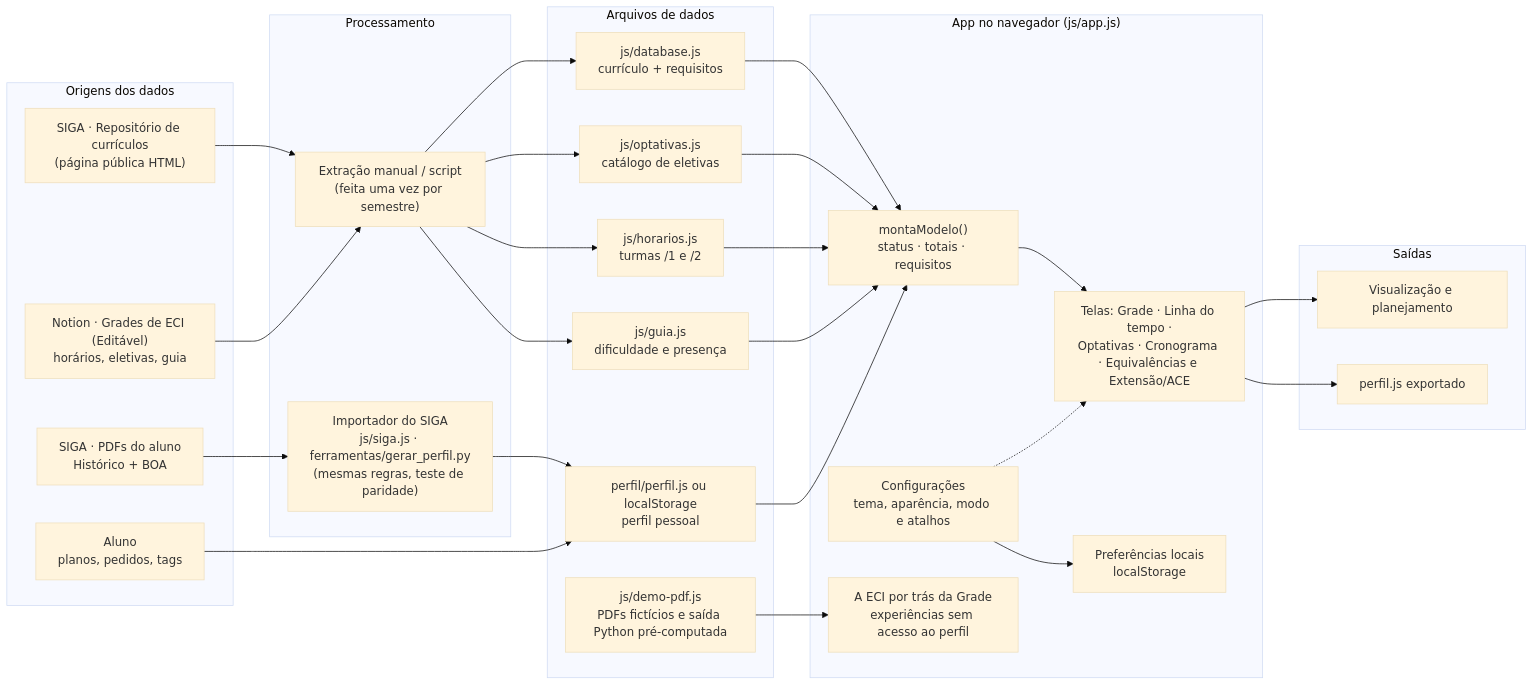
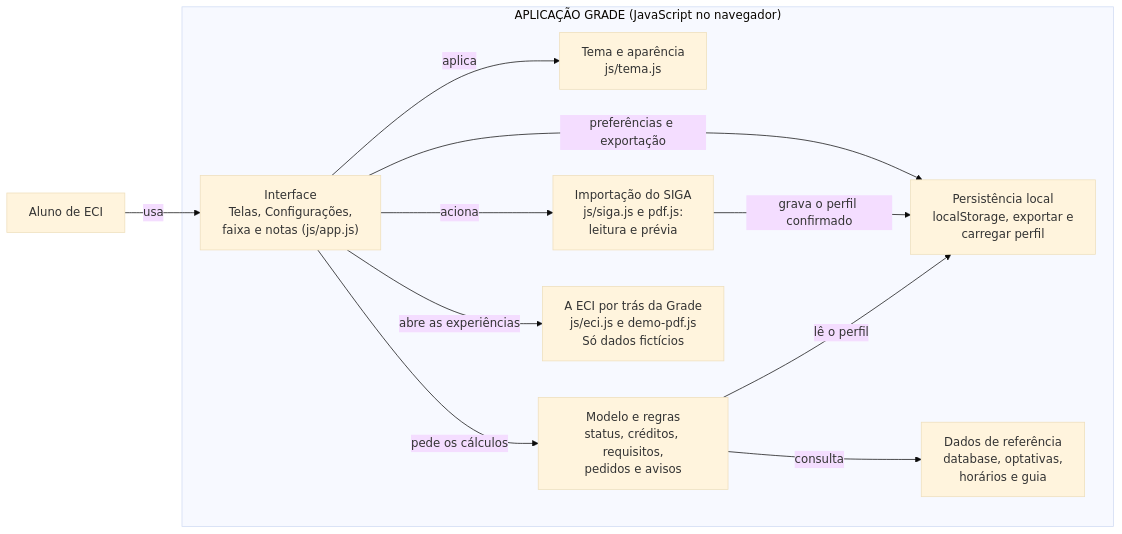
The third of 7 diagrams in docs/ARQUITETURA.md (JoaoAndrade01/grade), drawn with Mermaid (base theme) before and after one commit. The commit also changed other lines of this file, not shown here.

````diff
--- a/docs/ARQUITETURA.md
+++ b/docs/ARQUITETURA.md
@@ -19,46 +84,22 @@
 ```mermaid
 flowchart LR
-  subgraph ORIGENS["Origens dos dados"]
-    SIGA_CUR["SIGA · Repositório de currículos<br/>(página pública HTML)"]
-    SIGA_PDF["SIGA · PDFs do aluno<br/>Histórico + BOA"]
-    NOTION["Notion · Grades de ECI (Editável)<br/>horários, eletivas, guia"]
-    ALUNO["Aluno<br/>planos, pedidos, tags"]
+  subgraph G0["APLICAÇÃO GRADE (JavaScript no navegador)"]
+    interface["Interface<br/>Telas, Configurações,<br/>faixa e notas (js/app.js)"]
+    tema["Tema e aparência<br/>js/tema.js"]
+    importacao["Importação do SIGA<br/>js/siga.js e pdf.js:<br/>leitura e prévia"]
+    modelo["Modelo e regras<br/>status, créditos, requisitos,<br/>pedidos e avisos"]
+    eci["A ECI por trás da Grade<br/>js/eci.js e demo-pdf.js<br/>Só dados fictícios"]
+    persist["Persistência local<br/>localStorage, exportar e<br/>carregar perfil"]
+    dados["Dados de referência<br/>database, optativas,<br/>horários e guia"]
   end
-
-  subgraph PROC["Processamento"]
-    MANUAL["Extração manual / script<br/>(feita uma vez por semestre)"]
-    IMPORT["Importador do SIGA<br/>js/siga.js · ferramentas/gerar_perfil.py<br/>(mesmas regras, teste de paridade)"]
-  end
-
-  subgraph DADOS["Arquivos de dados"]
-    DB["js/database.js<br/>currículo + requisitos"]
-    OPT["js/optativas.js<br/>catálogo de eletivas"]
-    HOR["js/horarios.js<br/>turmas /1 e /2"]
-    GUIA["js/guia.js<br/>dificuldade e presença"]
-    PERFIL["perfil/perfil.js ou localStorage<br/>perfil pessoal"]
-    DEMO["js/demo-pdf.js<br/>PDFs fictícios e saída Python pré-computada"]
-  end
-
-  subgraph APP["App no navegador (js/app.js)"]
-    MODELO["montaModelo()<br/>status · totais · requisitos"]
-    TELAS["Telas: Grade · Linha do tempo ·<br/>Optativas · Cronograma · Equivalências e Extensão/ACE"]
-    CFG["Configurações<br/>tema, aparência, modo e atalhos"]
-    PREF["Preferências locais<br/>localStorage"]
-    ECI["A ECI por trás da Grade<br/>experiências sem acesso ao perfil"]
-  end
-
-  subgraph SAIDAS["Saídas"]
-    VER["Visualização e planejamento"]
-    EXP["perfil.js exportado"]
-  end
-
-  SIGA_CUR --> MANUAL --> DB & OPT
-  NOTION --> MANUAL --> HOR & GUIA
-  SIGA_PDF --> IMPORT --> PERFIL
-  ALUNO --> PERFIL
-  DB & OPT & HOR & GUIA & PERFIL --> MODELO --> TELAS --> VER
-  TELAS --> EXP
-  CFG --> PREF
-  CFG -.-> TELAS
-  DEMO --> ECI
+  aluno["Aluno de ECI"]
+  aluno -->|"usa"| interface
+  interface -->|"aplica"| tema
+  interface -->|"aciona"| importacao
+  interface -->|"pede os cálculos"| modelo
+  interface -->|"abre as experiências"| eci
+  interface -->|"preferências e exportação"| persist
+  importacao -->|"grava o perfil confirmado"| persist
+  modelo -->|"lê o perfil"| persist
+  modelo -->|"consulta"| dados
 ```
````
